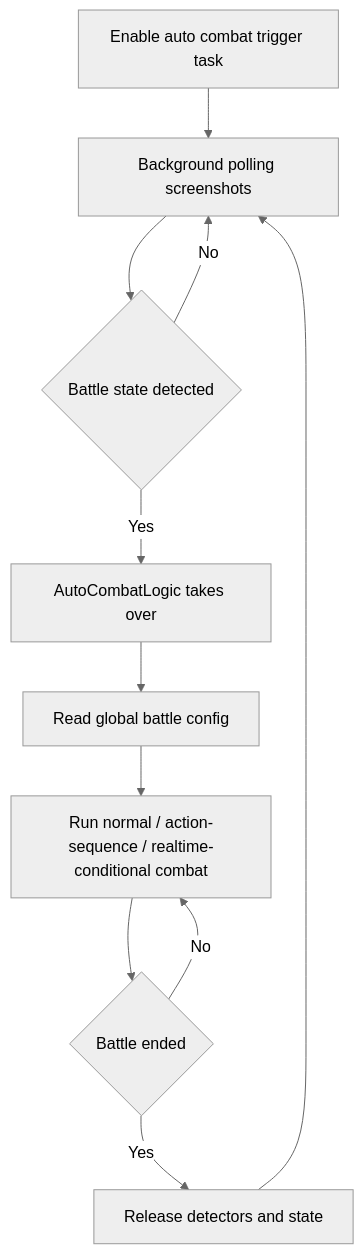
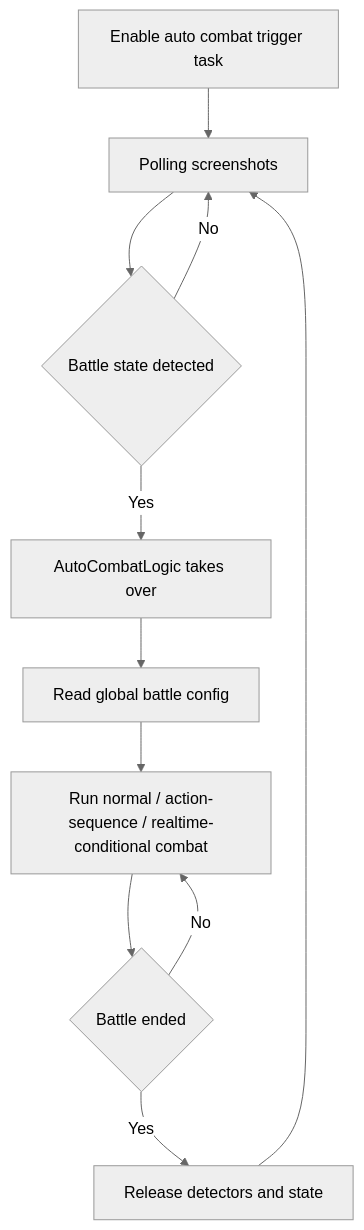
One commit to AliceJump/ok-end-field changed the diagram in docs/en/auto-combat.md. Above: the diagram before and after it, drawn with Mermaid (neutral theme). The commit also changed other lines of this file and 38 other files, not shown here.

````diff
--- a/docs/en/auto-combat.md
+++ b/docs/en/auto-combat.md
@@ -13,13 +13,13 @@
 ```mermaid
 flowchart TD
-    A[Enable auto combat trigger task] --> B[Background polling screenshots]
+    A[Enable auto combat trigger task] --> B[Polling screenshots]
     B --> C{Battle state detected}
     C -->|No| B
     C -->|Yes| D[AutoCombatLogic takes over]
     D --> E[Read global battle config]
     E --> F[Run normal / action-sequence / realtime-conditional combat]
     F --> G{Battle ended}
     G -->|No| F
     G -->|Yes| H[Release detectors and state]
     H --> B
 ```
````
